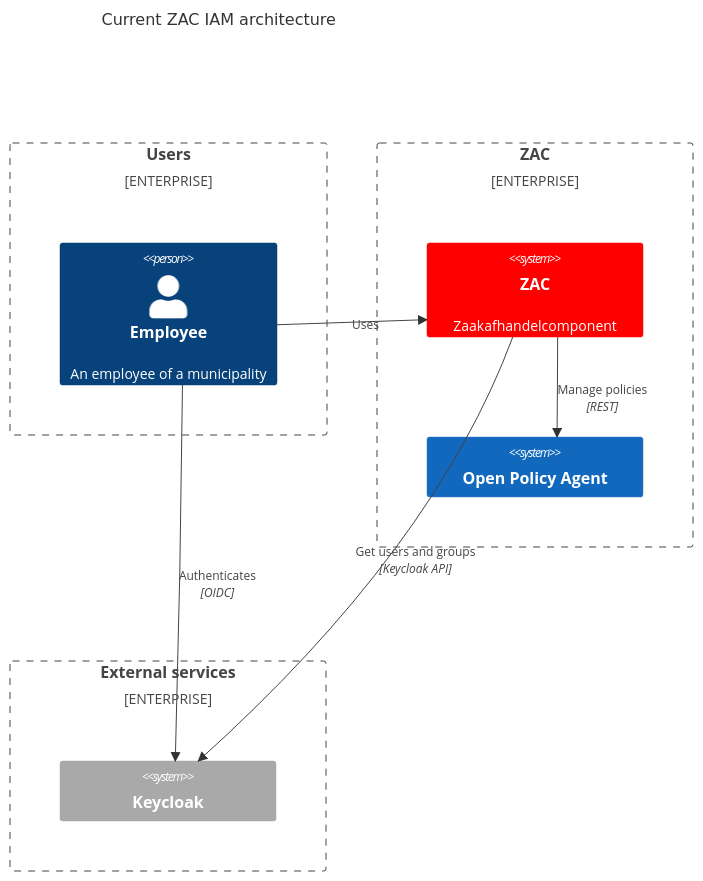
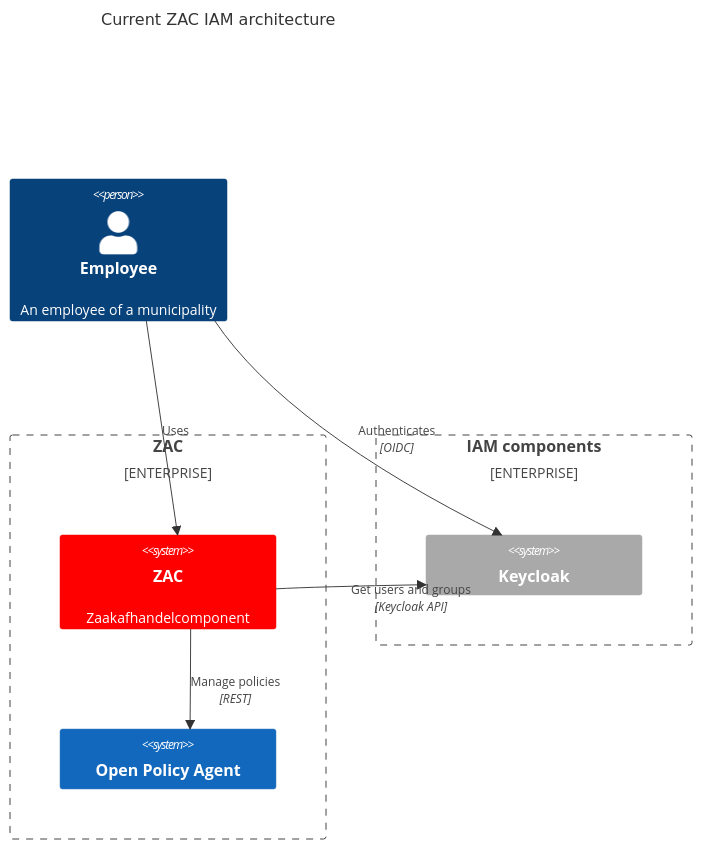
The first of 4 diagrams in docs/solution-architecture/iamArchitecture.md (infonl/dimpact-zaakafhandelcomponent), drawn with Mermaid before and after one commit. The commit also changed other lines of this file and 4 other files, not shown here.

Commit message:
chore: extended and updated various architecture docs

````diff
--- a/docs/solution-architecture/iamArchitecture.md
+++ b/docs/solution-architecture/iamArchitecture.md
@@ -7,28 +7,26 @@
 ```mermaid
 C4Context
     title Current ZAC IAM architecture
 
-    Enterprise_Boundary(b0, "Users") {
-        Person(Employee, "Employee", "An employee of a municipality")
-    }
+    Person(Employee, "Employee", "An employee of a municipality")
     
     Enterprise_Boundary(b1, "ZAC") {
         System(ZAC, "ZAC", "Zaakafhandelcomponent")
         System(OPA, "Open Policy Agent")
     }
 
-    Enterprise_Boundary(b2, "External services") {
+    Enterprise_Boundary(b2, "IAM components") {
         System(Keycloak, "Keycloak")
     }
 
     Rel(Employee, ZAC, "Uses")
     Rel(Employee, Keycloak, "Authenticates", "OIDC")
     Rel(ZAC, Keycloak, "Uses", "OIDC")
     Rel(ZAC, Keycloak, "Get users and groups", "Keycloak API")
     Rel(ZAC, OPA, "Manage policies", "REST")
 
     UpdateElementStyle(ZAC, $bgColor="red", $borderColor="red")
     UpdateElementStyle(Keycloak, $bgColor="darkgrey", $borderColor="darkgrey")
 
     UpdateLayoutConfig($c4ShapeInRow="3", $c4BoundaryInRow="2")
 ```
````
